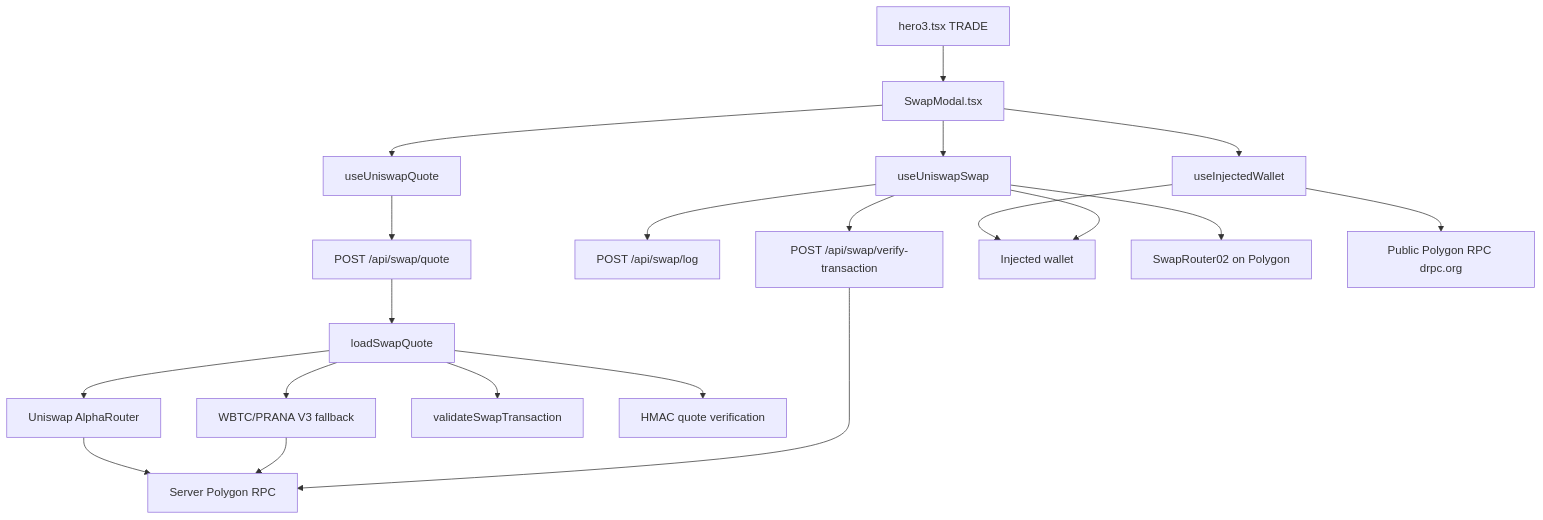
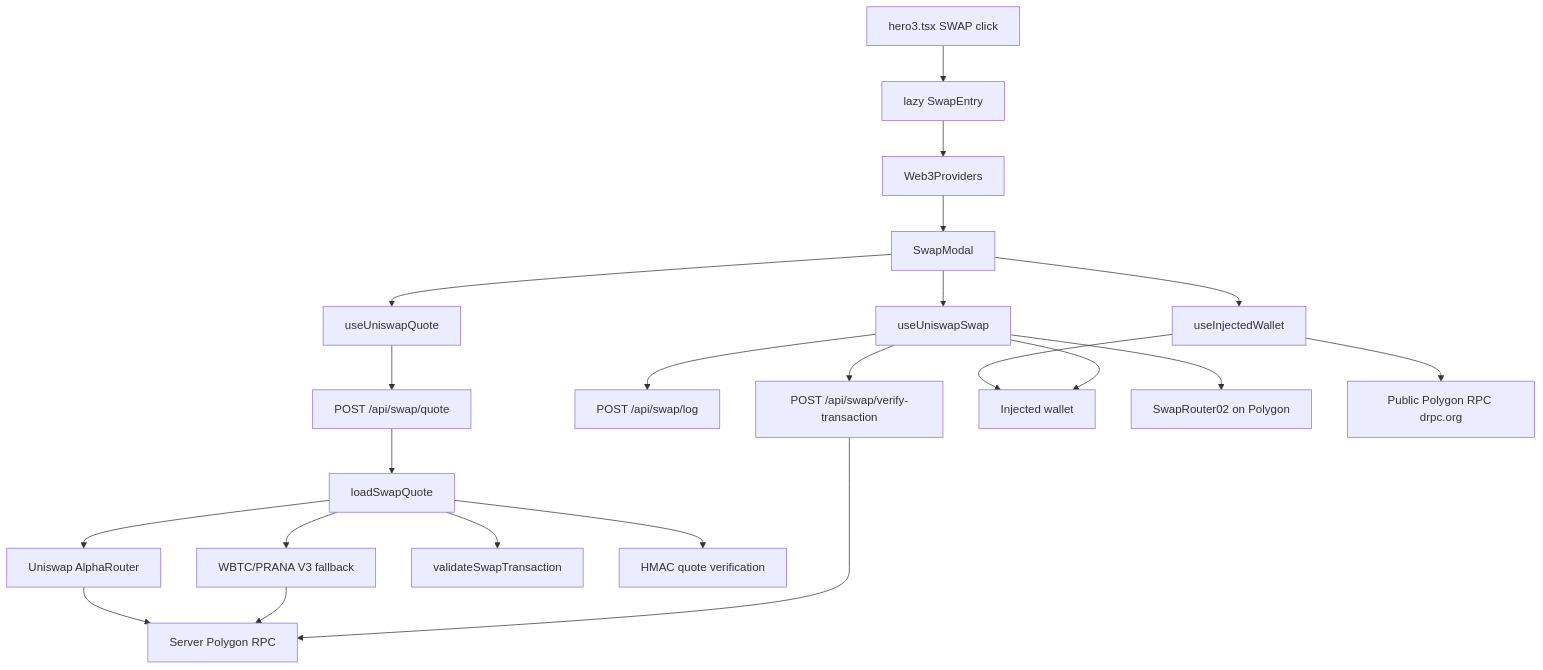
One commit to lx-production/prana-stats-revamp changed the first of 3 diagrams in docs/swap-modal-technical-overview.md. Above: the diagram before and after it, drawn with Mermaid. The commit also changed other lines of this file and 6 other files, not shown here.

Commit message:
Lazy-load Swap and staking behind Web3Providers composition roots

````diff
--- a/docs/swap-modal-technical-overview.md
+++ b/docs/swap-modal-technical-overview.md
@@ -41,26 +41,28 @@
 ```mermaid
 flowchart TD
-  hero["hero3.tsx TRADE"] --> modal["SwapModal.tsx"]
+  hero["hero3.tsx SWAP click"] --> lazyEntry["lazy SwapEntry"]
+  lazyEntry --> providers["Web3Providers"]
+  providers --> modal["SwapModal"]
   modal --> wallet["useInjectedWallet"]
   modal --> quoteHook["useUniswapQuote"]
   modal --> swapHook["useUniswapSwap"]
 
   quoteHook --> quoteApi["POST /api/swap/quote"]
   quoteApi --> loader["loadSwapQuote"]
   loader --> alpha["Uniswap AlphaRouter"]
   loader --> fallback["WBTC/PRANA V3 fallback"]
   loader --> validate["validateSwapTransaction"]
   loader --> hmac["HMAC quote verification"]
 
   alpha --> alchemy["Server Polygon RPC"]
   fallback --> alchemy
 
   swapHook --> logApi["POST /api/swap/log"]
   swapHook --> verifyApi["POST /api/swap/verify-transaction"]
   verifyApi --> alchemy
 
   wallet --> injected["Injected wallet"]
   swapHook --> injected
   swapHook --> router["SwapRouter02 on Polygon"]
   wallet --> publicRpc["Public Polygon RPC drpc.org"]
 ```
````
